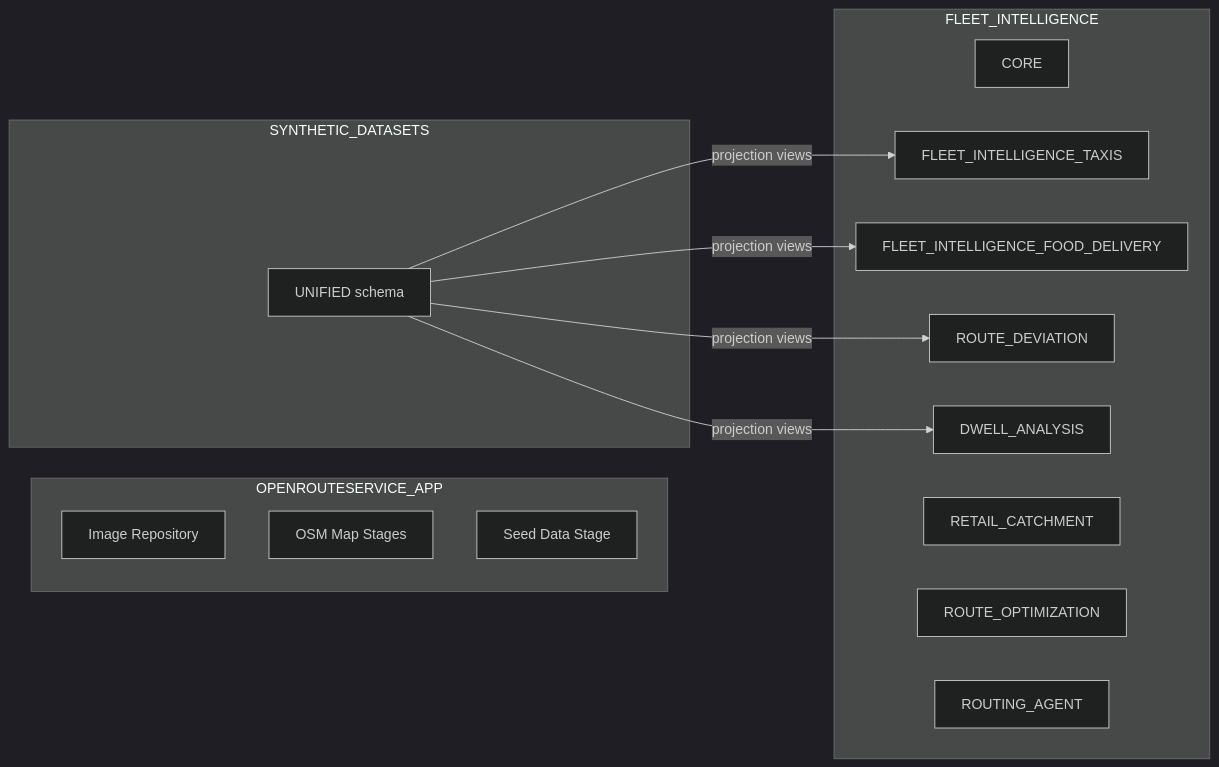
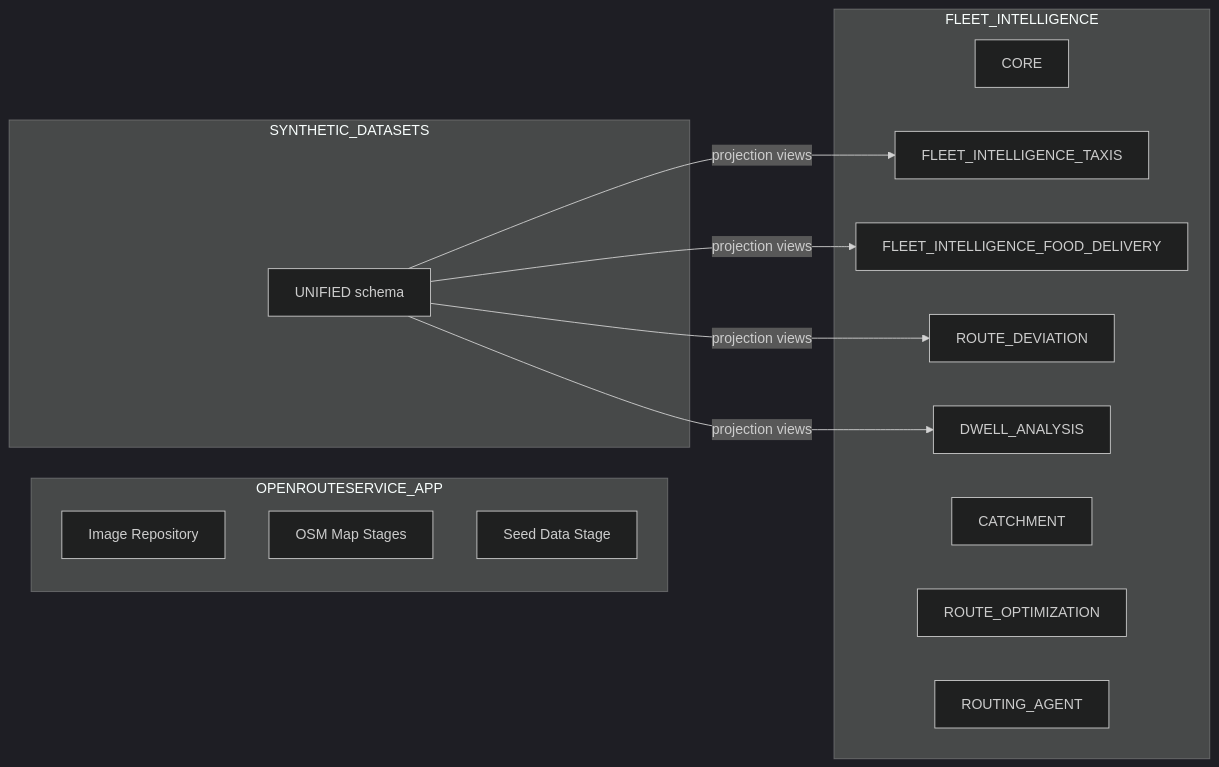
One commit to Snowflake-Labs/sfguide-create-a-route-optimisation-and-vehicle-route-plan-simulator changed the second of 2 diagrams in docs/ARCHITECTURE.md. Above: the diagram before and after it, drawn with Mermaid (dark theme). The commit also changed other lines of this file and 21 other files, not shown here.

First line of the commit message:
refactor(catchment): rename physical FLEET_INTELLIGENCE.RETAIL_CATCHMENT schema to CATCHMENT

````diff
--- a/docs/ARCHITECTURE.md
+++ b/docs/ARCHITECTURE.md
@@ -53,28 +53,28 @@
 ```mermaid
 graph LR
     subgraph setup ["OPENROUTESERVICE_APP"]
         IMG[Image Repository]
         OSM[OSM Map Stages]
         SEED[Seed Data Stage]
     end
 
     subgraph synth ["SYNTHETIC_DATASETS"]
         UNI[UNIFIED schema]
     end
 
     subgraph fi ["FLEET_INTELLIGENCE"]
         CORE[CORE]
         TAX[FLEET_INTELLIGENCE_TAXIS]
         DEL[FLEET_INTELLIGENCE_FOOD_DELIVERY]
         RD[ROUTE_DEVIATION]
         DW[DWELL_ANALYSIS]
-        RC[RETAIL_CATCHMENT]
+        RC[CATCHMENT]
         RO[ROUTE_OPTIMIZATION]
         RA[ROUTING_AGENT]
     end
 
     UNI -->|projection views| TAX
     UNI -->|projection views| DEL
     UNI -->|projection views| RD
     UNI -->|projection views| DW
 ```
````
